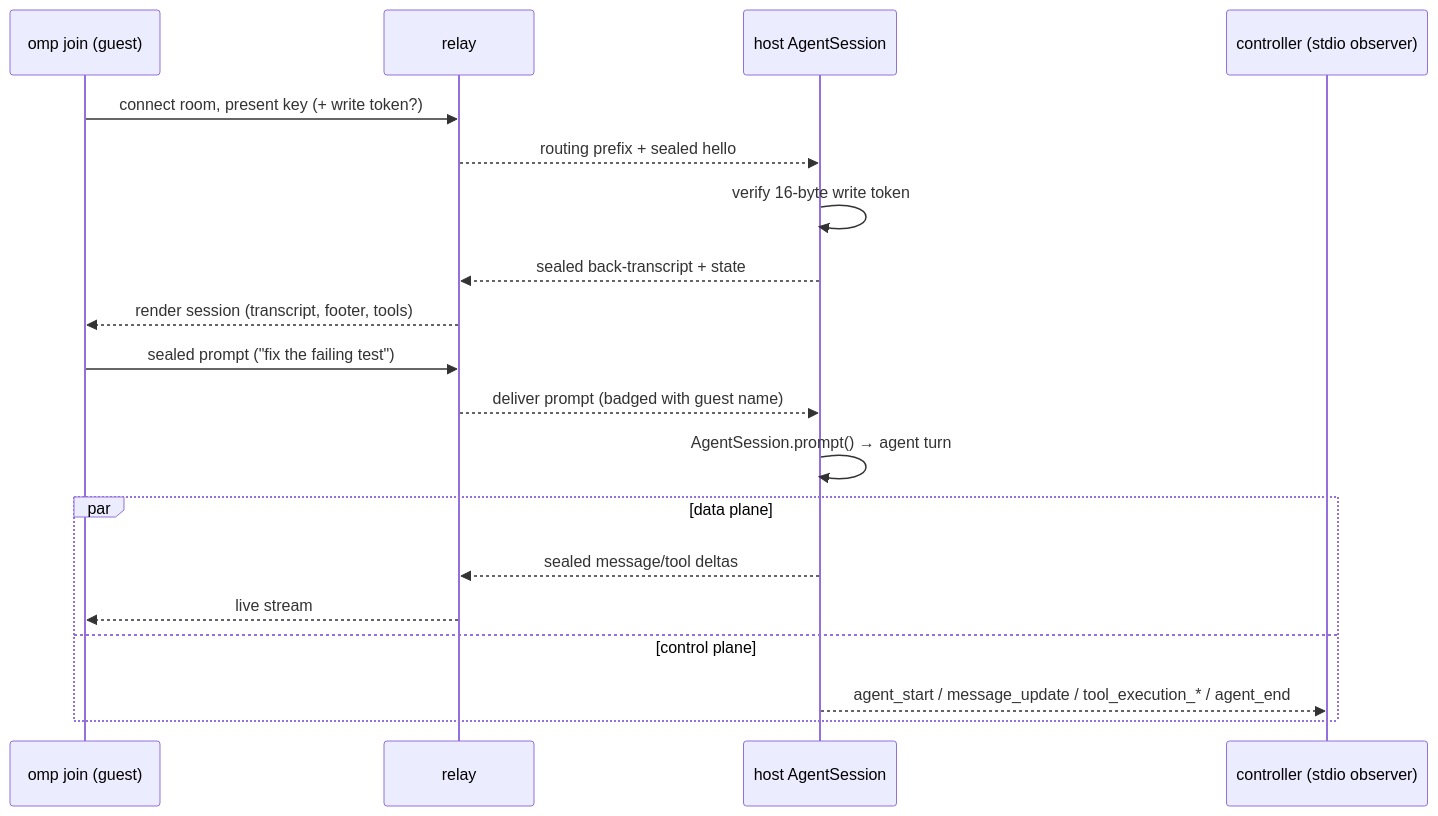
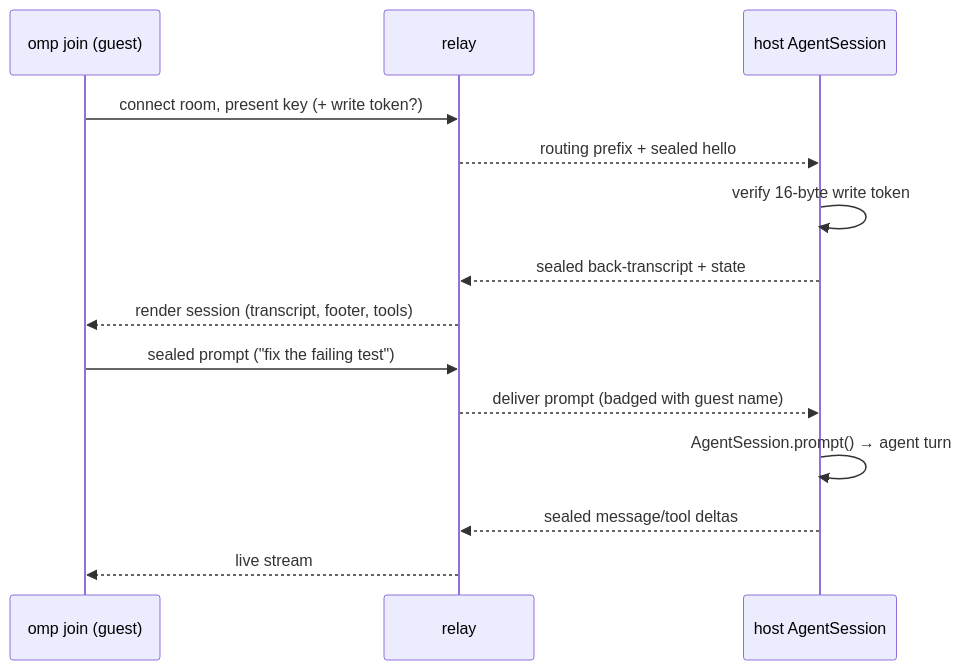
The second of 5 diagrams in ARCHITECTURE.md (james-nesbitt/collab-agent), drawn with Mermaid before and after one commit. The commit also changed other lines of this file and 13 other files, not shown here.

````diff
--- a/ARCHITECTURE.md
+++ b/ARCHITECTURE.md
@@ -185,23 +121,18 @@
 ```mermaid
 sequenceDiagram
   participant G as omp join (guest)
   participant Y as relay
   participant H as host AgentSession
-  participant C as controller (stdio observer)
 
   G->>Y: connect room, present key (+ write token?)
   Y-->>H: routing prefix + sealed hello
   H->>H: verify 16-byte write token
   H-->>Y: sealed back-transcript + state
   Y-->>G: render session (transcript, footer, tools)
 
   G->>Y: sealed prompt ("fix the failing test")
   Y-->>H: deliver prompt (badged with guest name)
   H->>H: AgentSession.prompt() → agent turn
-  par data plane
-    H-->>Y: sealed message/tool deltas
-    Y-->>G: live stream
-  and control plane
-    H-->>C: agent_start / message_update / tool_execution_* / agent_end
-  end
+  H-->>Y: sealed message/tool deltas
+  Y-->>G: live stream
 ```
````
